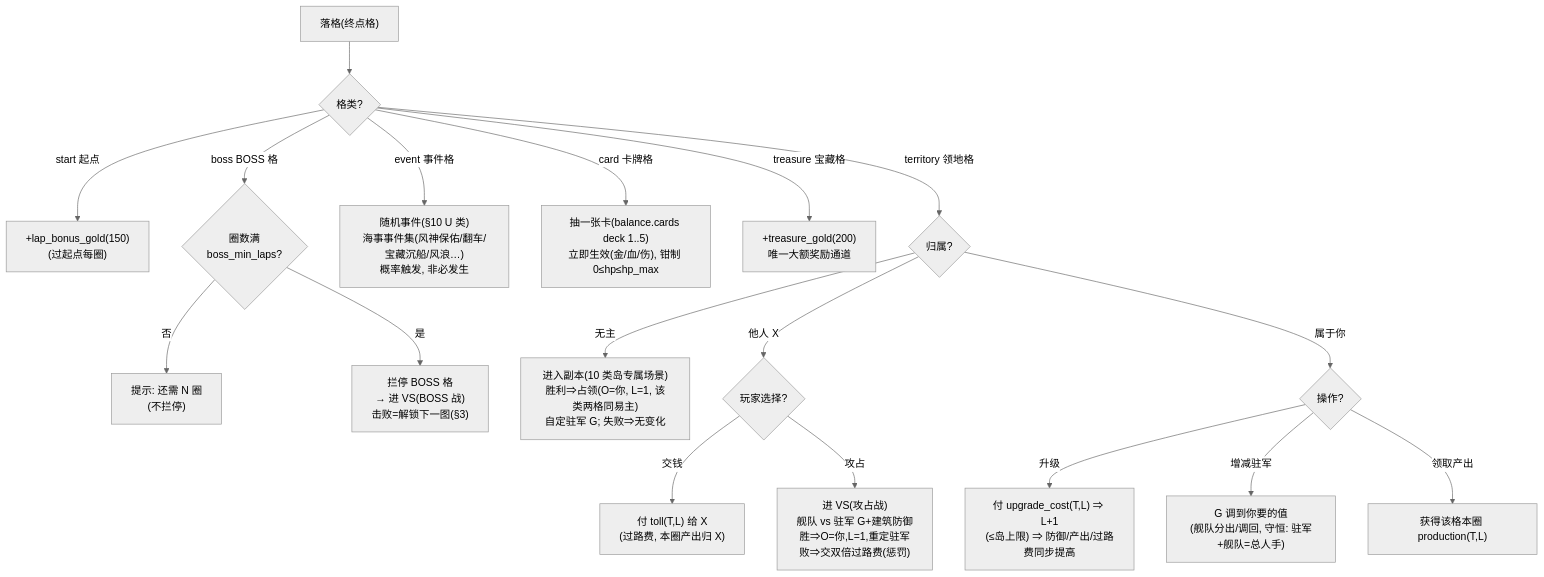
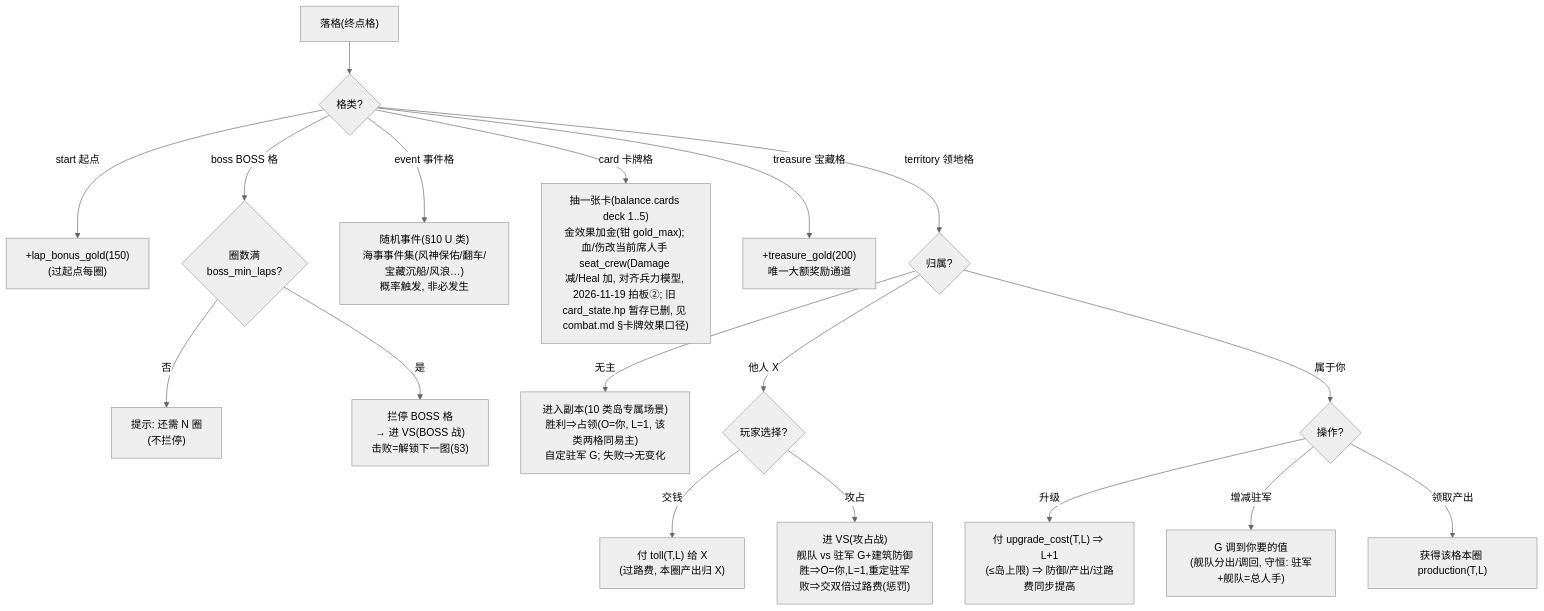
One commit to qwsaeda/TreasureIsl changed the seventh of 14 diagrams in docs/business/01_game_logic_overview.md. Above: the diagram before and after it, drawn with Mermaid (neutral theme). The commit also changed other lines of this file and 20 other files, not shown here.

````diff
--- a/docs/business/01_game_logic_overview.md
+++ b/docs/business/01_game_logic_overview.md
@@ -226,21 +226,21 @@
 ```mermaid
 flowchart TD
     Land["落格(终点格)"] --> Kind{"格类?"}
     Kind -->|"start 起点"| Lap["+lap_bonus_gold(150)<br/>(过起点每圈)"]
     Kind -->|"territory 领地格"| Own{"归属?"}
     Kind -->|"event 事件格"| Event["随机事件(§10 U 类)<br/>海事事件集(风神保佑/翻车/宝藏沉船/风浪…)<br/>概率触发, 非必发生"]
-    Kind -->|"card 卡牌格"| Card["抽一张卡(balance.cards deck 1..5)<br/>立即生效(金/血/伤), 钳制 0≤hp≤hp_max"]
+    Kind -->|"card 卡牌格"| Card["抽一张卡(balance.cards deck 1..5)<br/>金效果加金(钳 gold_max); 血/伤改当前席人手 seat_crew(Damage 减/Heal 加, 对齐兵力模型, 2026-11-19 拍板②; 旧 card_state.hp 暂存已删, 见 combat.md §卡牌效果口径)"]
     Kind -->|"treasure 宝藏格"| Treasure["+treasure_gold(200)<br/>唯一大额奖励通道"]
     Kind -->|"boss BOSS 格"| BossCheck{"圈数满<br/>boss_min_laps?"}
     BossCheck -->|"否"| BossWait["提示: 还需 N 圈<br/>(不拦停)"]
     BossCheck -->|"是"| BossFight["拦停 BOSS 格<br/>→ 进 VS(BOSS 战)<br/>击败=解锁下一图(§3)"]
 
     Own -->|"无主"| Capture["进入副本(10 类岛专属场景)<br/>胜利⇒占领(O=你, L=1, 该类两格同易主)<br/>自定驻军 G; 失败⇒无变化"]
     Own -->|"他人 X"| Choose{"玩家选择?"}
     Choose -->|"交钱"| Toll["付 toll(T,L) 给 X<br/>(过路费, 本圈产出归 X)"]
     Choose -->|"攻占"| Siege["进 VS(攻占战)<br/>舰队 vs 驻军 G+建筑防御<br/>胜⇒O=你,L=1,重定驻军<br/>败⇒交双倍过路费(惩罚)"]
     Own -->|"属于你"| Self{"操作?"}
     Self -->|"升级"| Upgrade["付 upgrade_cost(T,L) ⇒ L+1<br/>(≤岛上限) ⇒ 防御/产出/过路费同步提高"]
     Self -->|"增减驻军"| Garrison["G 调到你要的值<br/>(舰队分出/调回, 守恒: 驻军+舰队=总人手)"]
     Self -->|"领取产出"| Prod["获得该格本圈 production(T,L)"]
 ```
````
